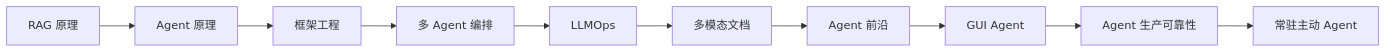
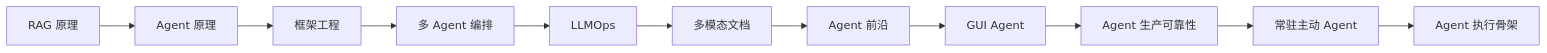
Before and after one commit to kobejiasuoer/awesome-agent-engineering: the diagram in README.md, drawn with Mermaid. The commit also changed other lines of this file and 19 other files, not shown here.

````diff
--- a/README.md
+++ b/README.md
@@ -68,5 +68,5 @@
 ```mermaid
 flowchart LR
     A["RAG 原理"] --> B["Agent 原理"] --> C["框架工程"] --> D["多 Agent 编排"]
-    D --> E["LLMOps"] --> F["多模态文档"] --> G["Agent 前沿"] --> H["GUI Agent"] --> I["Agent 生产可靠性"] --> J["常驻主动 Agent"]
+    D --> E["LLMOps"] --> F["多模态文档"] --> G["Agent 前沿"] --> H["GUI Agent"] --> I["Agent 生产可靠性"] --> J["常驻主动 Agent"] --> K["Agent 执行骨架"]
 ```
````
